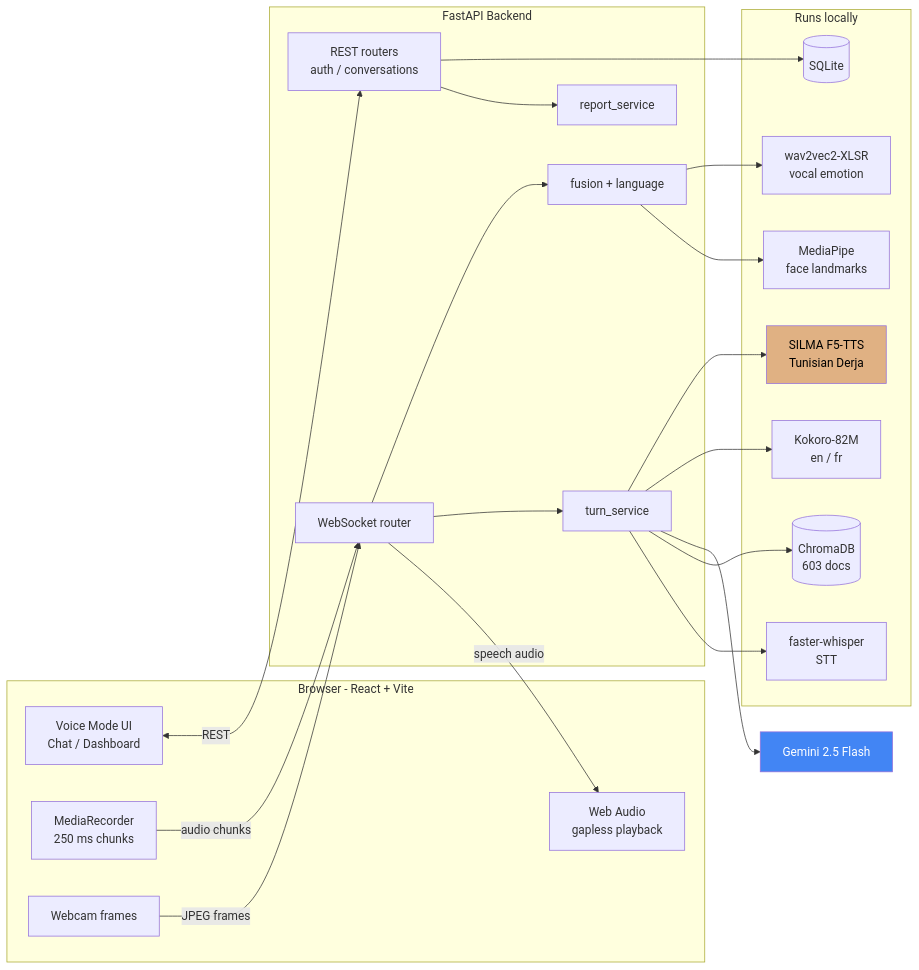
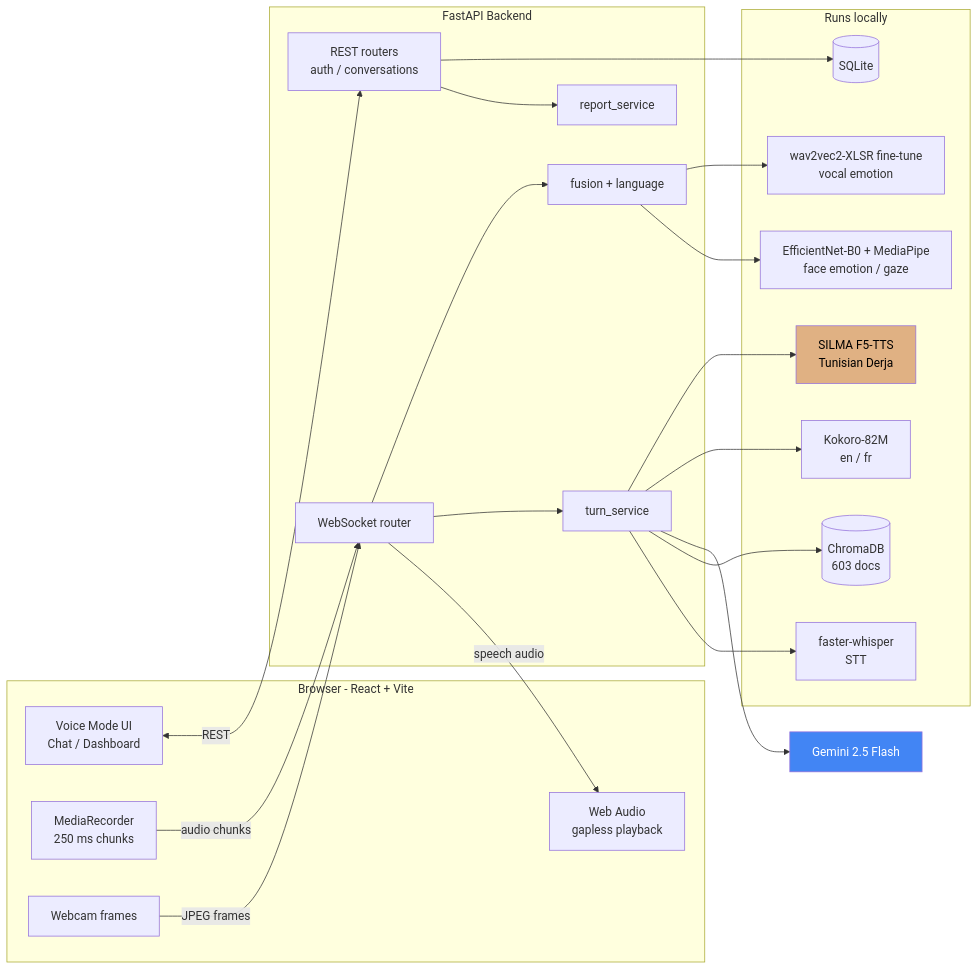
Before and after one commit to Eya-Jmaa/Overtone: the first of 4 diagrams in README.md, drawn with Mermaid. The commit also changed other lines of this file, not shown here.

````diff
--- a/README.md
+++ b/README.md
@@ -109,50 +265,50 @@
 ```mermaid
 graph LR
     subgraph Browser["Browser - React + Vite"]
         UI[Voice Mode UI<br/>Chat / Dashboard]
         REC[MediaRecorder<br/>250 ms chunks]
         CAM[Webcam frames]
         PLAY[Web Audio<br/>gapless playback]
     end
 
     subgraph API["FastAPI Backend"]
         WS[WebSocket router]
         HTTP[REST routers<br/>auth / conversations]
         TURN[turn_service]
         FUSE[fusion + language]
         REP[report_service]
     end
 
     subgraph Local["Runs locally"]
         STT[faster-whisper<br/>STT]
         TTS[Kokoro-82M<br/>en / fr]
         SILMA[SILMA F5-TTS<br/>Tunisian Derja]
-        FACE[MediaPipe<br/>face landmarks]
-        EMO[wav2vec2-XLSR<br/>vocal emotion]
+        FACE[EfficientNet-B0 + MediaPipe<br/>face emotion / gaze]
+        EMO[wav2vec2-XLSR fine-tune<br/>vocal emotion]
         RAG[(ChromaDB<br/>603 docs)]
         DB[(SQLite)]
     end
 
     CLOUD[Gemini 2.5 Flash]
 
     REC -->|audio chunks| WS
     CAM -->|JPEG frames| WS
     WS -->|speech audio| PLAY
     UI <-->|REST| HTTP
 
     WS --> TURN
     WS --> FUSE
     HTTP --> REP
 
     TURN --> STT
     TURN --> RAG
     TURN --> CLOUD
     TURN --> TTS
     TURN --> SILMA
     FUSE --> FACE
     FUSE --> EMO
     HTTP --> DB
 
     style CLOUD fill:#4285F4,color:#fff
     style SILMA fill:#e0b183,color:#000
 ```
````
